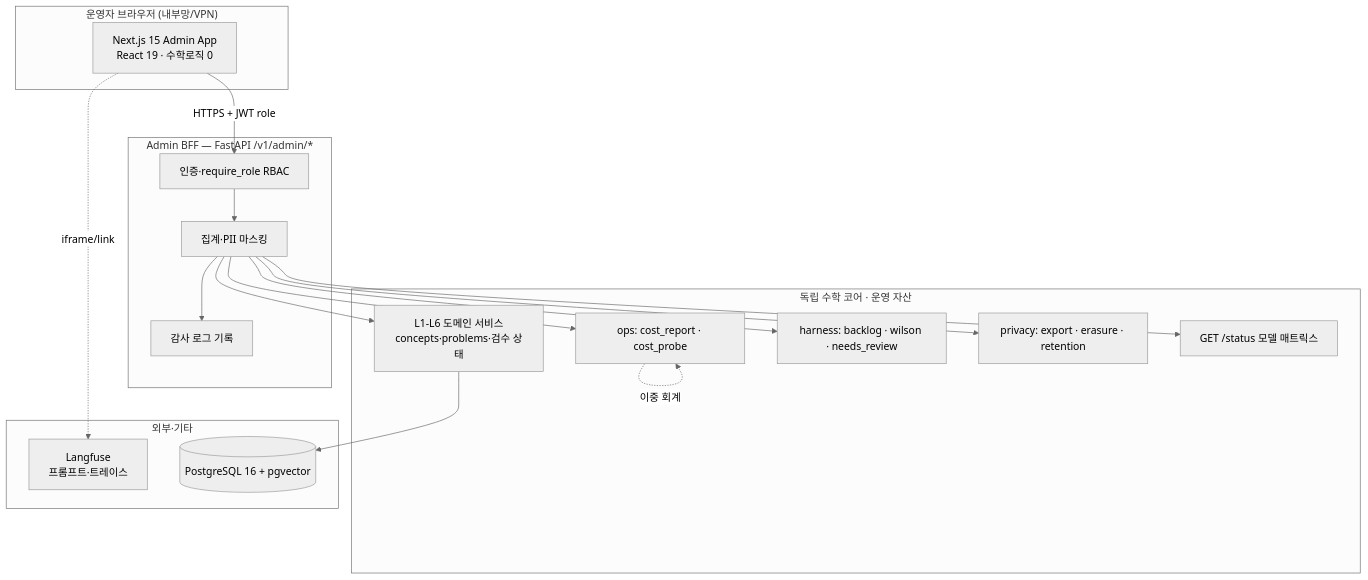
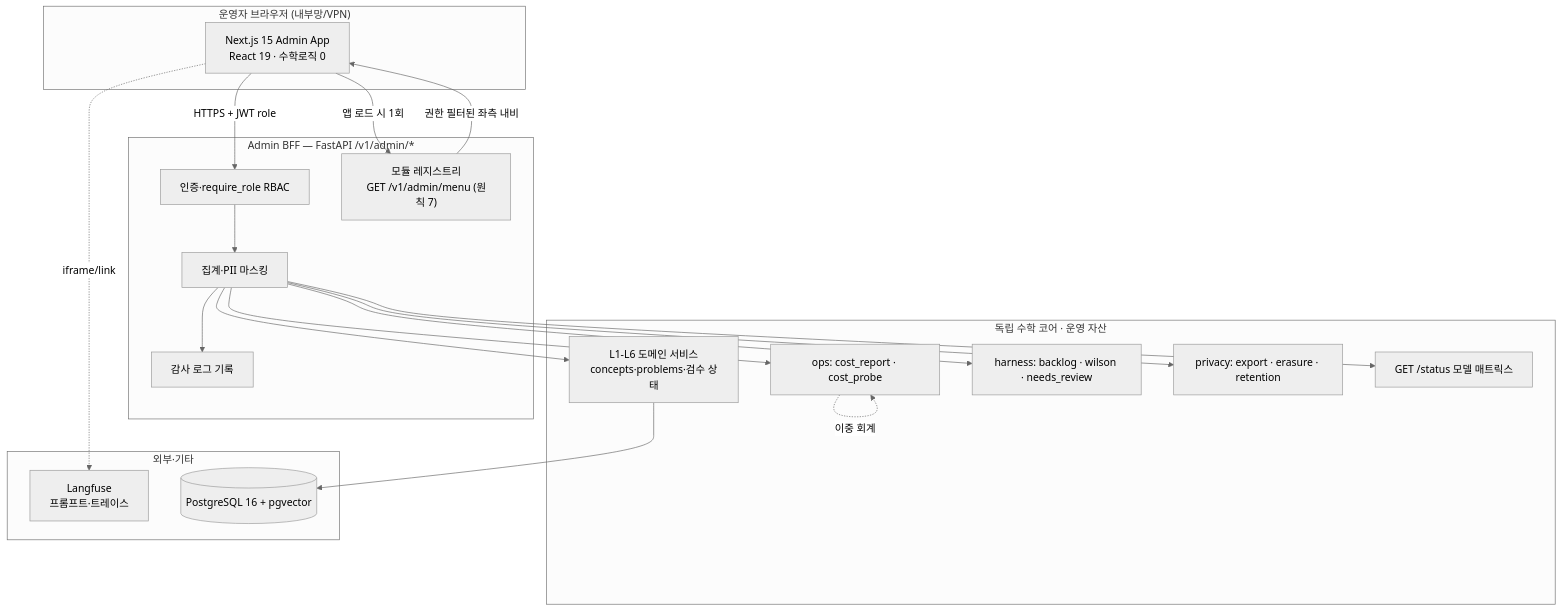
One commit to doldori7/WhyMath changed the diagram in docs/design/ui/04_admin_console_architecture.md. Above: the diagram before and after it, drawn with Mermaid (neutral theme). The commit also changed other lines of this file and 3 other files, not shown here.

````diff
--- a/docs/design/ui/04_admin_console_architecture.md
+++ b/docs/design/ui/04_admin_console_architecture.md
@@ -56,28 +91,31 @@
 ```mermaid
 flowchart TD
     subgraph Client["운영자 브라우저 (내부망/VPN)"]
         A[Next.js 15 Admin App<br/>React 19 · 수학로직 0]
     end
     subgraph BFF["Admin BFF — FastAPI /v1/admin/*"]
         B[인증·require_role RBAC]
         C[집계·PII 마스킹]
         D[감사 로그 기록]
+        M["모듈 레지스트리<br/>GET /v1/admin/menu (원칙 7)"]
     end
     subgraph Core["독립 수학 코어 · 운영 자산"]
         E[L1-L6 도메인 서비스<br/>concepts·problems·검수 상태]
         F[ops: cost_report · cost_probe]
         G[harness: backlog · wilson · needs_review]
         H[privacy: export · erasure · retention]
         I[GET /status 모델 매트릭스]
     end
     subgraph Ext["외부·기타"]
         J[Langfuse<br/>프롬프트·트레이스]
         K[(PostgreSQL 16 + pgvector)]
     end
 
     A -->|HTTPS + JWT role| B --> C --> D
+    A -->|앱 로드 시 1회| M
+    M -->|권한 필터된 좌측 내비| A
     C --> E & F & G & H & I
     E --> K
     A -.iframe/link.-> J
     F -.이중 회계.-> F
 ```
````
